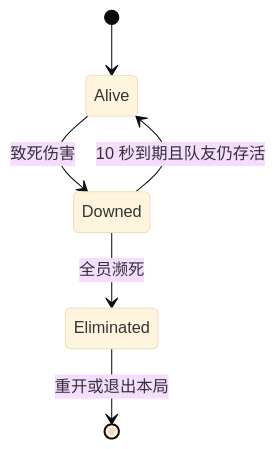
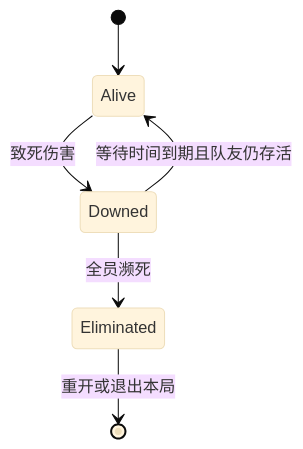
Before and after one commit to Elysiasloverly/AI-: the diagram in Docs/Player-LifeCycle.md, drawn with Mermaid (base theme). The commit also changed other lines of this file and 11 other files, not shown here.

````diff
--- a/Docs/Player-LifeCycle.md
+++ b/Docs/Player-LifeCycle.md
@@ -24,8 +24,8 @@
 ```mermaid
 stateDiagram-v2
     [*] --> Alive
     Alive --> Downed: 致死伤害
-    Downed --> Alive: 10 秒到期且队友仍存活
+    Downed --> Alive: 等待时间到期且队友仍存活
     Downed --> Eliminated: 全员濒死
     Eliminated --> [*]: 重开或退出本局
 ```
````
